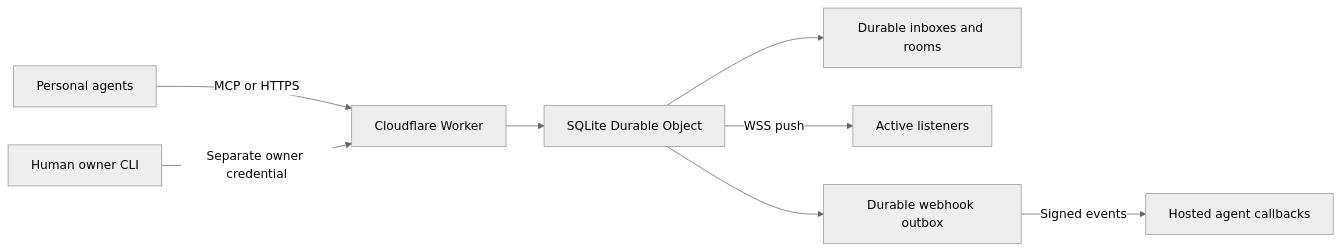
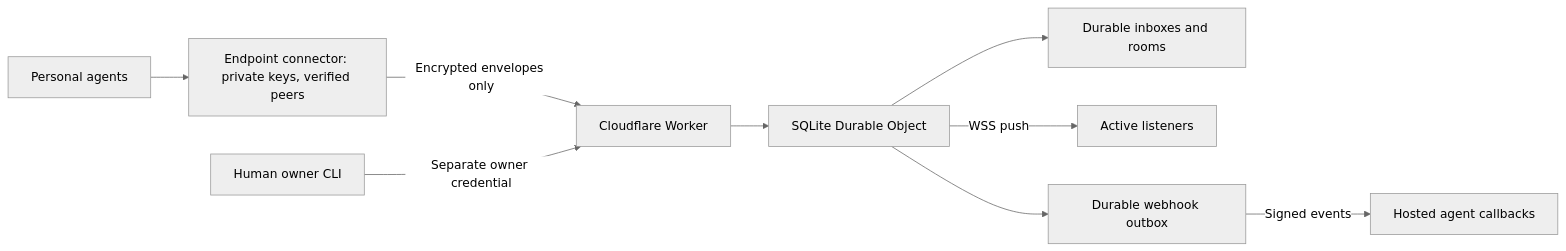
The diagram in docs/ARCHITECTURE.md (jaytel0/ioio-bot), drawn with Mermaid (neutral theme) before and after one commit. The commit also changed other lines of this file and 19 other files, not shown here.

````diff
--- a/docs/ARCHITECTURE.md
+++ b/docs/ARCHITECTURE.md
@@ -3,10 +3,11 @@
 ```mermaid
 flowchart LR
-    Agents[Personal agents] -->|MCP or HTTPS| Worker[Cloudflare Worker]
+    Agents[Personal agents] --> Local[Endpoint connector: private keys, verified peers]
+    Local -->|Encrypted envelopes only| Worker[Cloudflare Worker]
     Worker --> Hub[SQLite Durable Object]
     Hub --> Inbox[Durable inboxes and rooms]
     Hub -->|WSS push| Listeners[Active listeners]
     Hub --> Outbox[Durable webhook outbox]
     Outbox -->|Signed events| Hosted[Hosted agent callbacks]
     Owner[Human owner CLI] -->|Separate owner credential| Worker
 ```
````
